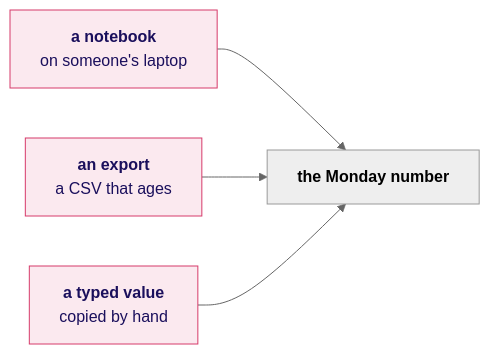
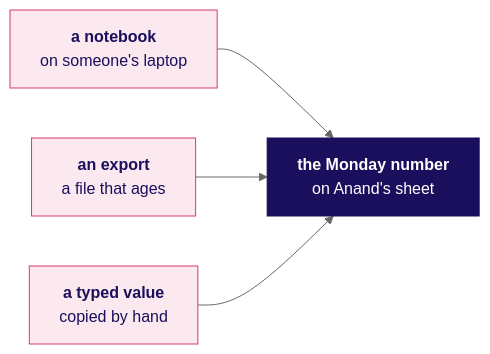
One commit to fde-academy-lab/c2-content-factory changed the first of 22 diagrams in content/W02/D1/slides/C2_W02_D01_half1_STUDENT.md. Above: the diagram before and after it, drawn with Mermaid (neutral theme). The commit also changed other lines of this file and 3 other files, not shown here.

````diff
--- a/content/W02/D1/slides/C2_W02_D01_half1_STUDENT.md
+++ b/content/W02/D1/slides/C2_W02_D01_half1_STUDENT.md
@@ -73,8 +70,10 @@
 ```mermaid
 flowchart LR
-    A["<b>a notebook</b><br/>on someone's laptop"] --> X["<b>the Monday number</b>"]
-    B["<b>an export</b><br/>a CSV that ages"] --> X
+    A["<b>a notebook</b><br/>on someone's laptop"] --> X["<b>the Monday number</b><br/>on Anand's sheet"]
+    B["<b>an export</b><br/>a file that ages"] --> X
     C["<b>a typed value</b><br/>copied by hand"] --> X
     classDef bad fill:#FBE9EF,stroke:#D63A6A,color:#1A0F5C
+    classDef bet fill:#1A0F5C,stroke:#1A0F5C,color:#FFFFFF
     class A,B,C bad
+    class X bet
 ```
````
